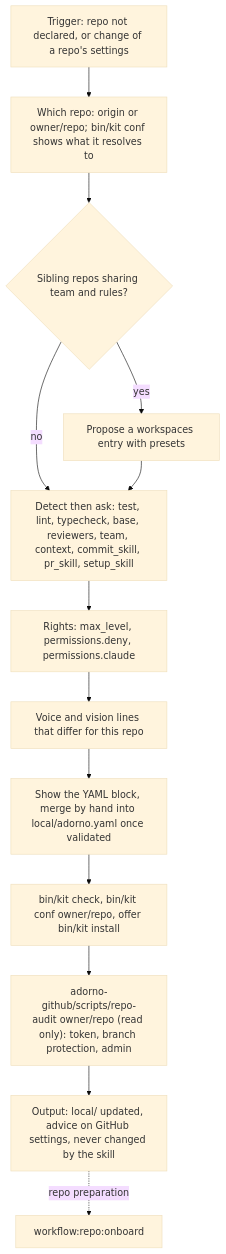
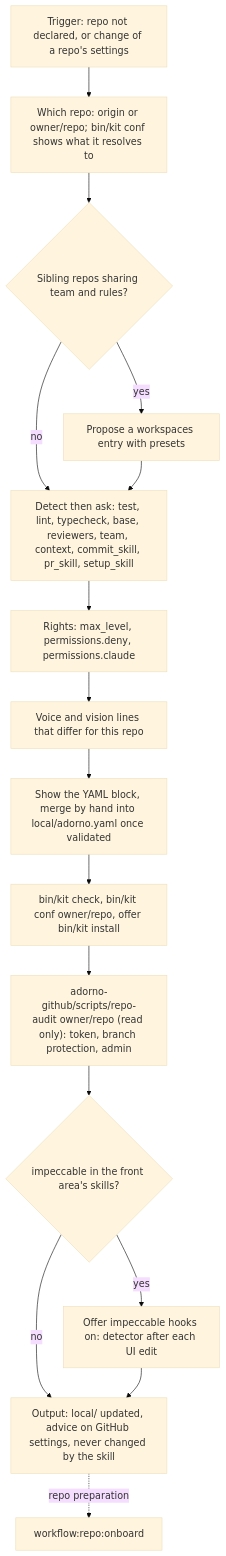
The third of 3 diagrams in src/skills/adorno-setup/SCHEMA.md (nicolasmondain/adorno), drawn with Mermaid (base theme) before and after one commit. The commit also changed 6 other files, not shown here.

First line of the commit message:
feat(setup): set up impeccable on front repos

````diff
--- a/src/skills/adorno-setup/SCHEMA.md
+++ b/src/skills/adorno-setup/SCHEMA.md
@@ -51,15 +51,18 @@
 ```mermaid
 flowchart TD
   T["Trigger: repo not declared, or change of a repo's settings"] --> WH["Which repo: origin or owner/repo; bin/kit conf shows what it resolves to"]
   WH --> WS{"Sibling repos sharing team and rules?"}
   WS -->|"yes"| WK["Propose a workspaces entry with presets"]
   WS -->|"no"| DT
   WK --> DT["Detect then ask: test, lint, typecheck, base, reviewers, team, context, commit_skill, pr_skill, setup_skill"]
   DT --> RG["Rights: max_level, permissions.deny, permissions.claude"]
   RG --> VO["Voice and vision lines that differ for this repo"]
   VO --> SH["Show the YAML block, merge by hand into local/adorno.yaml once validated"]
   SH --> AP["bin/kit check, bin/kit conf owner/repo, offer bin/kit install"]
   AP --> AU["adorno-github/scripts/repo-audit owner/repo (read only): token, branch protection, admin"]
-  AU --> OUT["Output: local/ updated, advice on GitHub settings, never changed by the skill"]
+  AU --> FR{"impeccable in the front area's skills?"}
+  FR -->|"yes"| HK["Offer impeccable hooks on: detector after each UI edit"]
+  FR -->|"no"| OUT
+  HK --> OUT["Output: local/ updated, advice on GitHub settings, never changed by the skill"]
   OUT -.->|"repo preparation"| ON["workflow:repo:onboard"]
 ```
````
